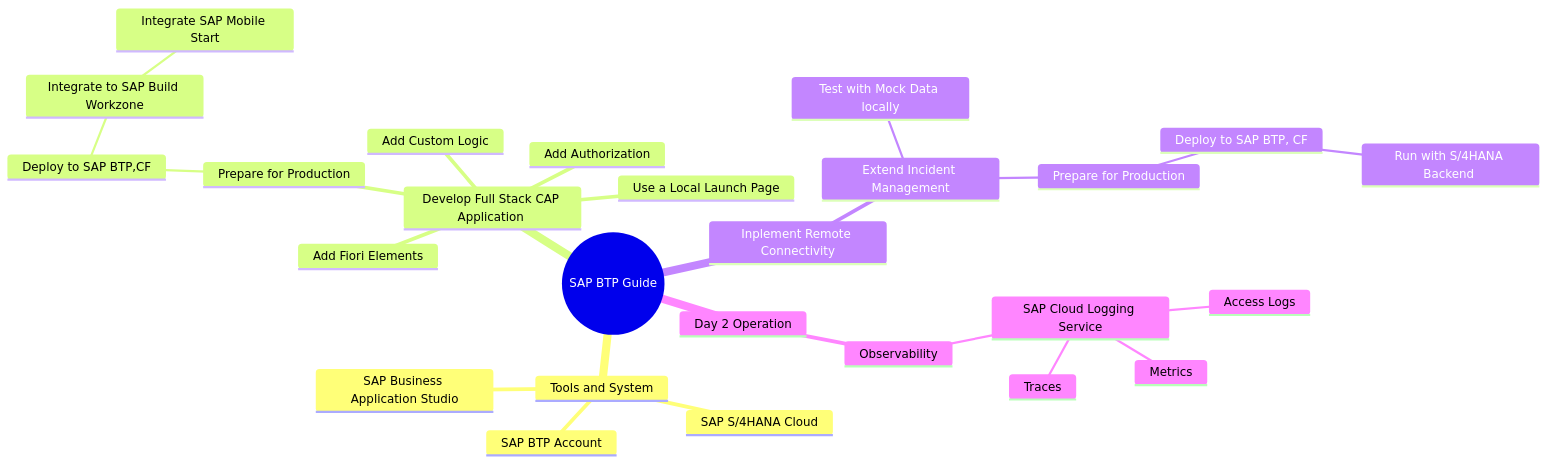
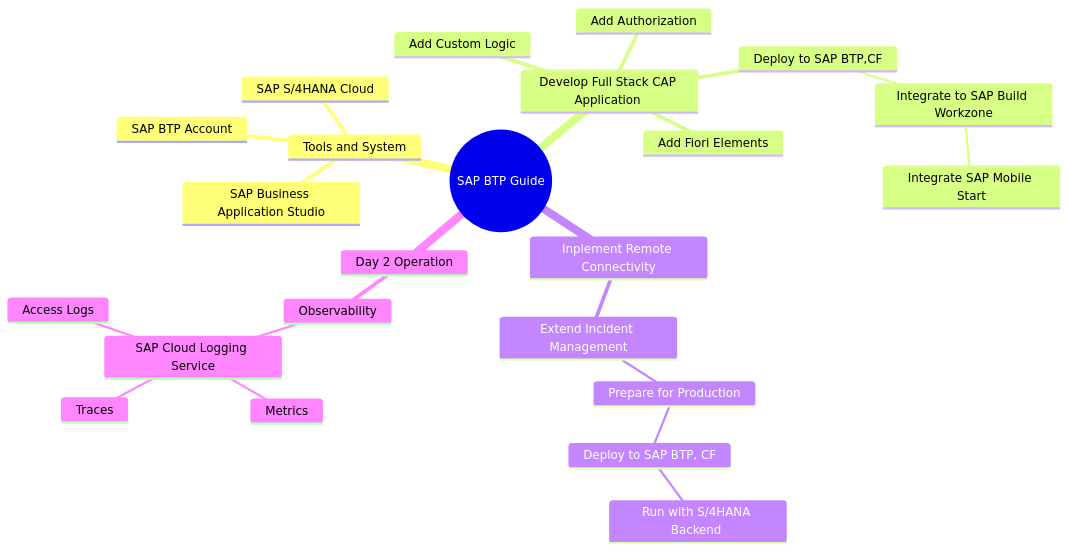
The first of 5 diagrams in topic3/README.md (SAP-samples/btp-end-to-end-scenario-use-cases), drawn with Mermaid before and after one commit.

````diff
--- a/topic3/README.md
+++ b/topic3/README.md
@@ -9,29 +9,26 @@
 ```mermaid
    mindmap
   root((SAP BTP Guide))
     Tools and System
       SAP Business Application Studio
       SAP S/4HANA Cloud
       SAP BTP Account
     Develop Full Stack CAP Application 
       Add Custom Logic
       Add Fiori Elements
-      Use a Local Launch Page
       Add Authorization
-      Prepare for Production
-        Deploy to SAP BTP,CF
-          Integrate to SAP Build Workzone
-            Integrate SAP Mobile Start
+      Deploy to SAP BTP,CF
+        Integrate to SAP Build Workzone
+          Integrate SAP Mobile Start
     Inplement Remote Connectivity
       Extend Incident Management
-        Test with Mock Data locally
         Prepare for Production
           Deploy to SAP BTP, CF
             Run with S/4HANA Backend 
     Day 2 Operation
       Observability
         SAP Cloud Logging Service
           Access Logs
           Metrics
           Traces
 ```
````
